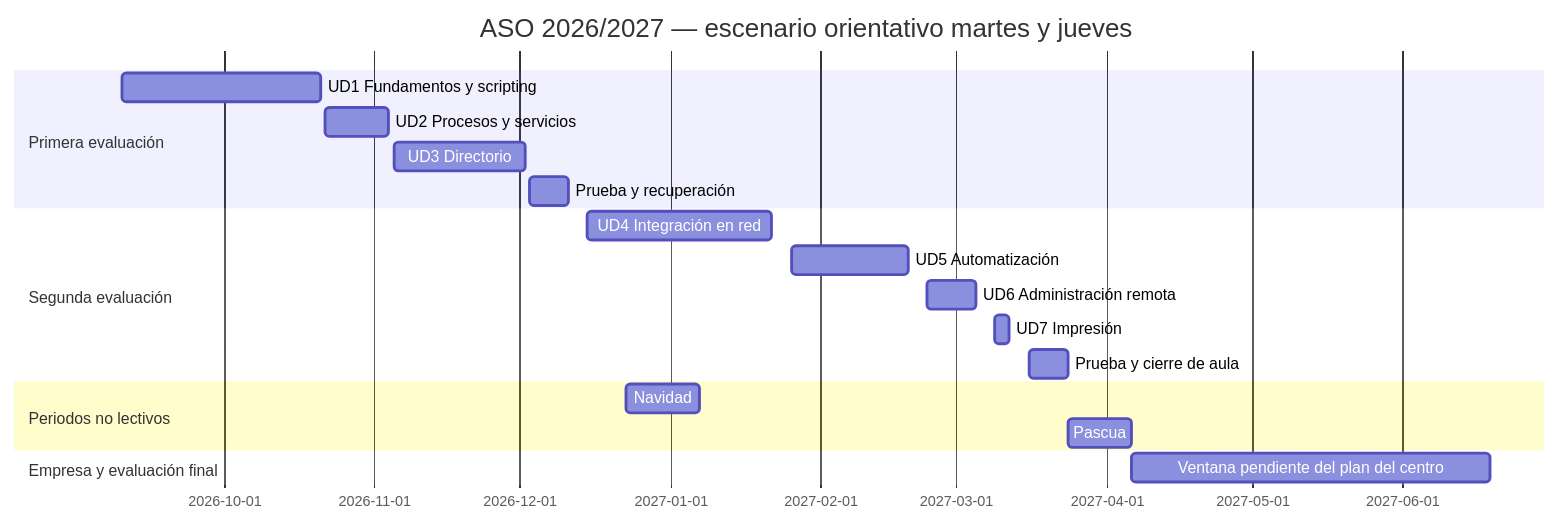
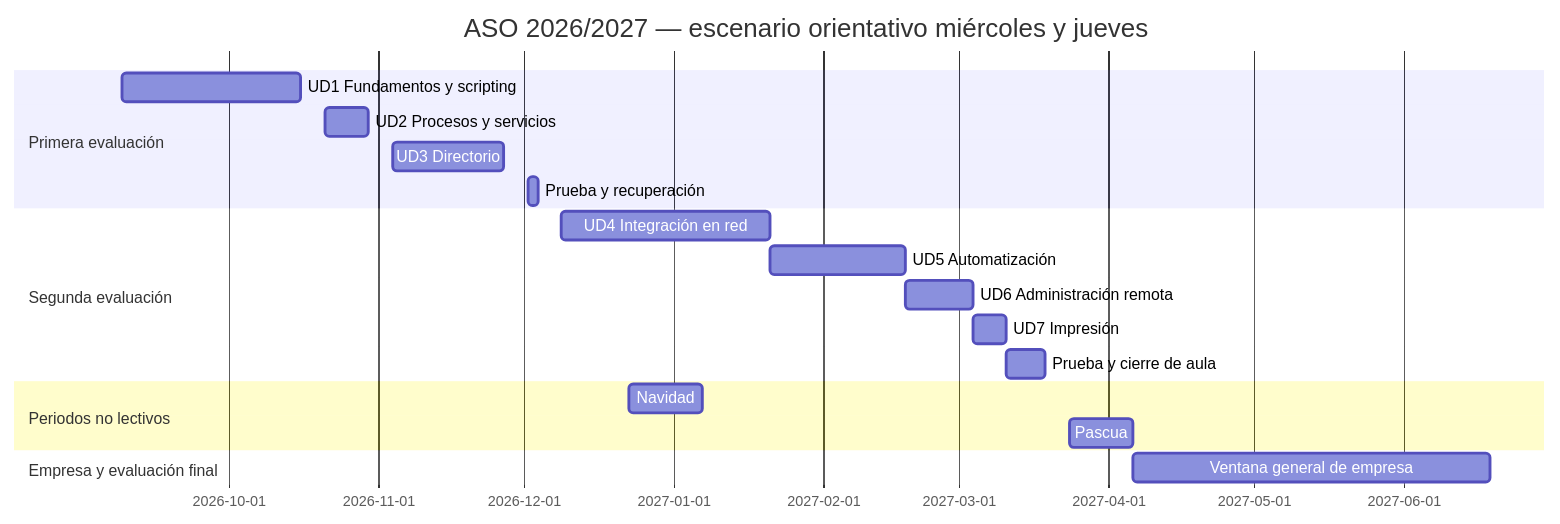
Before and after one commit to jmarlu/ASO: the diagram in docs/temporalizacion_2026_2027.md, drawn with Mermaid. The commit also changed other lines of this file and 62 other files, not shown here.

````diff
--- a/docs/temporalizacion_2026_2027.md
+++ b/docs/temporalizacion_2026_2027.md
@@ -87,21 +86,21 @@
 ```mermaid
 gantt
-    title ASO 2026/2027 — escenario orientativo martes y jueves
+    title ASO 2026/2027 — escenario orientativo miércoles y jueves
     dateFormat YYYY-MM-DD
     section Primera evaluación
-    UD1 Fundamentos y scripting :2026-09-10, 2026-10-21
-    UD2 Procesos y servicios :2026-10-22, 2026-11-04
-    UD3 Directorio :2026-11-05, 2026-12-02
-    Prueba y recuperación :2026-12-03, 2026-12-11
+    UD1 Fundamentos y scripting :2026-09-09, 2026-10-16
+    UD2 Procesos y servicios :2026-10-21, 2026-10-30
+    UD3 Directorio :2026-11-04, 2026-11-27
+    Prueba y recuperación :2026-12-02, 2026-12-04
     section Segunda evaluación
-    UD4 Integración en red :2026-12-15, 2027-01-22
-    UD5 Automatización :2027-01-26, 2027-02-19
-    UD6 Administración remota :2027-02-23, 2027-03-05
-    UD7 Impresión :2027-03-09, 2027-03-12
-    Prueba y cierre de aula :2027-03-16, 2027-03-24
+    UD4 Integración en red :2026-12-09, 2027-01-21
+    UD5 Automatización :2027-01-21, 2027-02-18
+    UD6 Administración remota :2027-02-18, 2027-03-04
+    UD7 Impresión :2027-03-04, 2027-03-11
+    Prueba y cierre de aula :2027-03-11, 2027-03-19
     section Periodos no lectivos
     Navidad :2026-12-23, 2027-01-07
     Pascua :2027-03-24, 2027-04-06
     section Empresa y evaluación final
-    Ventana pendiente del plan del centro :2027-04-06, 2027-06-19
+    Ventana general de empresa :2027-04-06, 2027-06-19
 ```
````
